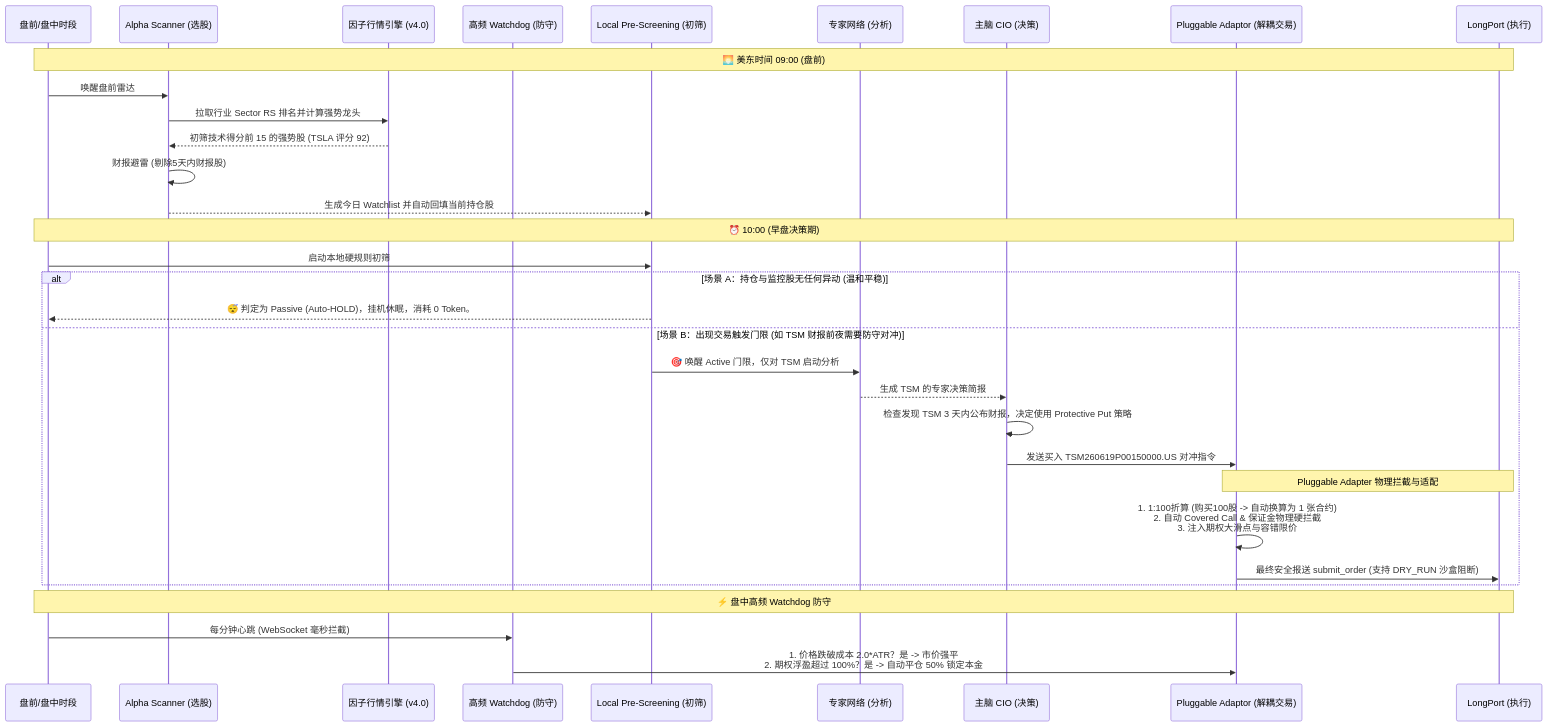
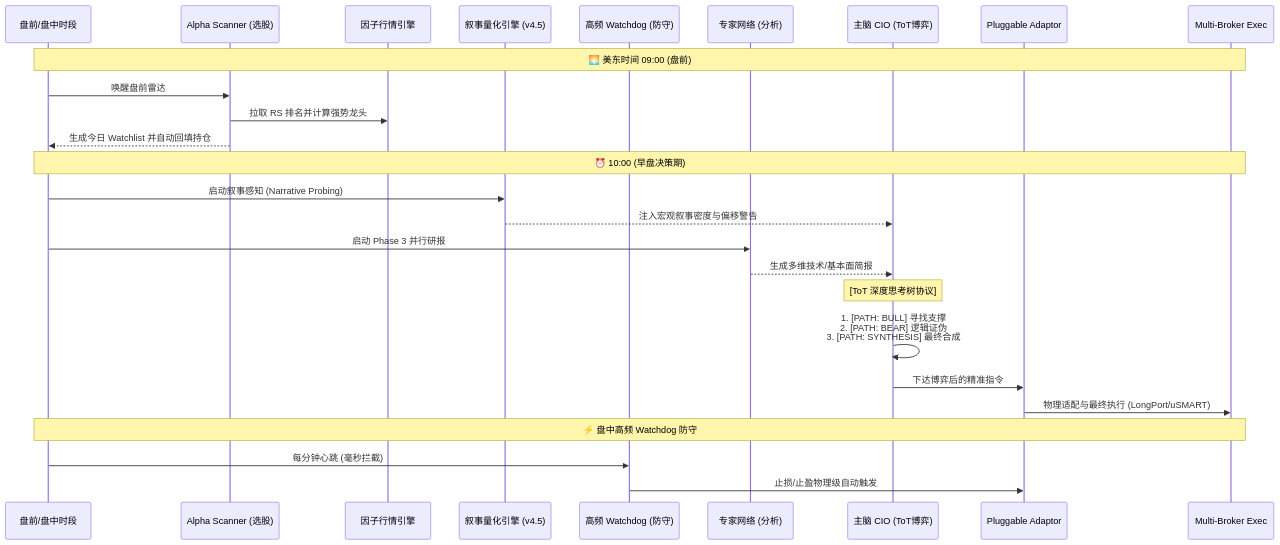
One commit to lsluqiye-lab/LP_agent changed the diagram in README.md. Above: the diagram before and after it, drawn with Mermaid. The commit also changed other lines of this file, not shown here.

Commit message:
docs: update architecture and lifecycle to v4.5.1 with NME and ToT

````diff
--- a/README.md
+++ b/README.md
@@ -55,39 +64,34 @@
 ```mermaid
 sequenceDiagram
     participant Time as 盘前/盘中时段
     participant Phase0 as Alpha Scanner (选股)
-    participant Quant as 因子行情引擎 (v4.0)
+    participant Quant as 因子行情引擎
+    participant NME as 叙事量化引擎 (v4.5)
     participant WD as 高频 Watchdog (防守)
-    participant Pre as Local Pre-Screening (初筛)
     participant Expert as 专家网络 (分析)
-    participant CIO as 主脑 CIO (决策)
-    participant Factory as Pluggable Adaptor (解耦交易)
-    participant Broker as LongPort (执行)
+    participant CIO as 主脑 CIO (ToT博弈)
+    participant Factory as Pluggable Adaptor
+    participant Broker as Multi-Broker Exec
 
     Note over Time, Broker: 🌅 美东时间 09:00 (盘前)
     Time->>Phase0: 唤醒盘前雷达
-    Phase0->>Quant: 拉取行业 Sector RS 排名并计算强势龙头
-    Quant-->>Phase0: 初筛技术得分前 15 的强势股 (TSLA 评分 92)
-    Phase0->>Phase0: 财报避雷 (剔除5天内财报股)
-    Phase0-->>Pre: 生成今日 Watchlist 并自动回填当前持仓股
+    Phase0->>Quant: 拉取 RS 排名并计算强势龙头
+    Phase0-->>Time: 生成今日 Watchlist 并自动回填持仓
 
     Note over Time, Broker: ⏰ 10:00 (早盘决策期)
-    Time->>Pre: 启动本地硬规则初筛
+    Time->>NME: 启动叙事感知 (Narrative Probing)
+    NME-->>CIO: 注入宏观叙事密度与偏移警告
     
-    alt 场景 A：持仓与监控股无任何异动 (温和平稳)
-        Pre-->>Time: 😴 判定为 Passive (Auto-HOLD)，挂机休眠，消耗 0 Token。
-    else 场景 B：出现交易触发门限 (如 TSM 财报前夜需要防守对冲)
-        Pre->>Expert: 🎯 唤醒 Active 门限，仅对 TSM 启动分析
-        Expert-->>CIO: 生成 TSM 的专家决策简报
-        CIO->>CIO: 检查发现 TSM 3 天内公布财报，决定使用 Protective Put 策略
-        CIO->>Factory: 发送买入 TSM260619P00150000.US 对冲指令
-        
-        Note over Factory, Broker: Pluggable Adapter 物理拦截与适配
-        Factory->>Factory: 1. 1:100折算 (购买100股 -> 自动换算为 1 张合约)<br/>2. 自动 Covered Call & 保证金物理硬拦截<br/>3. 注入期权大滑点与容错限价
-        Factory->>Broker: 最终安全报送 submit_order (支持 DRY_RUN 沙盒阻断)
-    end
+    Time->>Expert: 启动 Phase 3 并行研报
+    Expert-->>CIO: 生成多维技术/基本面简报
+    
+    Note over CIO: [ToT 深度思考树协议]
+    CIO->>CIO: 1. [PATH: BULL] 寻找支撑<br/>2. [PATH: BEAR] 逻辑证伪<br/>3. [PATH: SYNTHESIS] 最终合成
+    
+    CIO->>Factory: 下达博弈后的精准指令
+    Factory->>Broker: 物理适配与最终执行 (LongPort/uSMART)
 
     Note over Time, Broker: ⚡ 盘中高频 Watchdog 防守
-    Time->>WD: 每分钟心跳 (WebSocket 毫秒拦截)
-    WD->>Factory: 1. 价格跌破成本 2.0*ATR？是 -> 市价强平<br/>2. 期权浮盈超过 100%？是 -> 自动平仓 50% 锁定本金
+    Time->>WD: 每分钟心跳 (毫秒拦截)
+    WD->>Factory: 止损/止盈物理级自动触发
 ```
````
